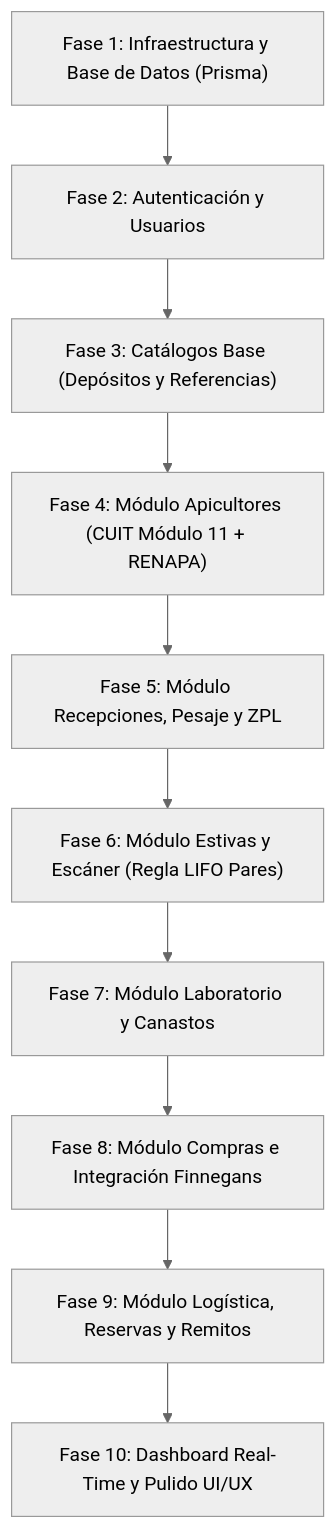
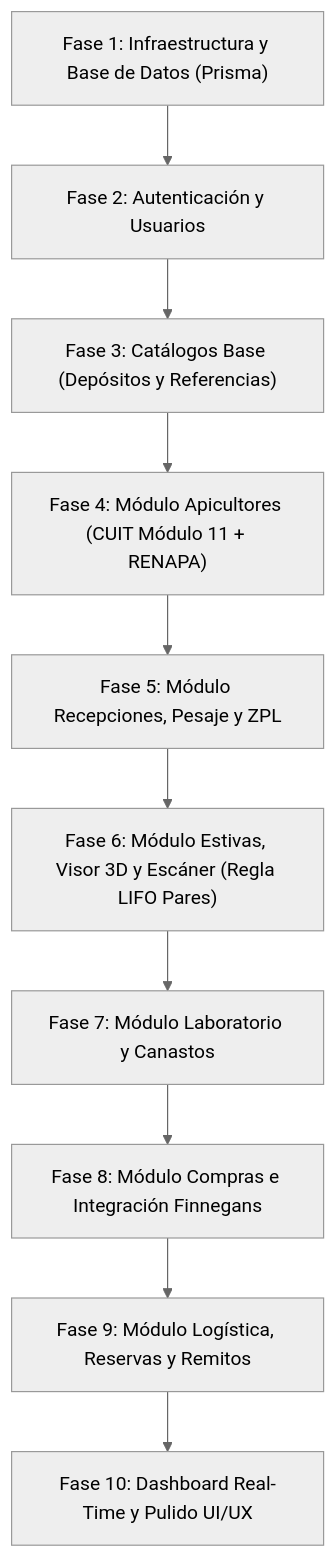
One commit to HasselGit/GeoStock-Replication changed the diagram in implementation_plan.md. Above: the diagram before and after it, drawn with Mermaid (neutral theme). The commit also changed other lines of this file and 2 other files, not shown here.

````diff
--- a/implementation_plan.md
+++ b/implementation_plan.md
@@ -9,12 +9,12 @@
 ```mermaid
 flowchart TD
     Fase1["Fase 1: Infraestructura y Base de Datos (Prisma)"] --> Fase2["Fase 2: Autenticación y Usuarios"]
     Fase2 --> Fase3["Fase 3: Catálogos Base (Depósitos y Referencias)"]
     Fase3 --> Fase4["Fase 4: Módulo Apicultores (CUIT Módulo 11 + RENAPA)"]
     Fase4 --> Fase5["Fase 5: Módulo Recepciones, Pesaje y ZPL"]
-    Fase5 --> Fase6["Fase 6: Módulo Estivas y Escáner (Regla LIFO Pares)"]
+    Fase5 --> Fase6["Fase 6: Módulo Estivas, Visor 3D y Escáner (Regla LIFO Pares)"]
     Fase6 --> Fase7["Fase 7: Módulo Laboratorio y Canastos"]
     Fase7 --> Fase8["Fase 8: Módulo Compras e Integración Finnegans"]
     Fase8 --> Fase9["Fase 9: Módulo Logística, Reservas y Remitos"]
     Fase9 --> Fase10["Fase 10: Dashboard Real-Time y Pulido UI/UX"]
 ```
````
